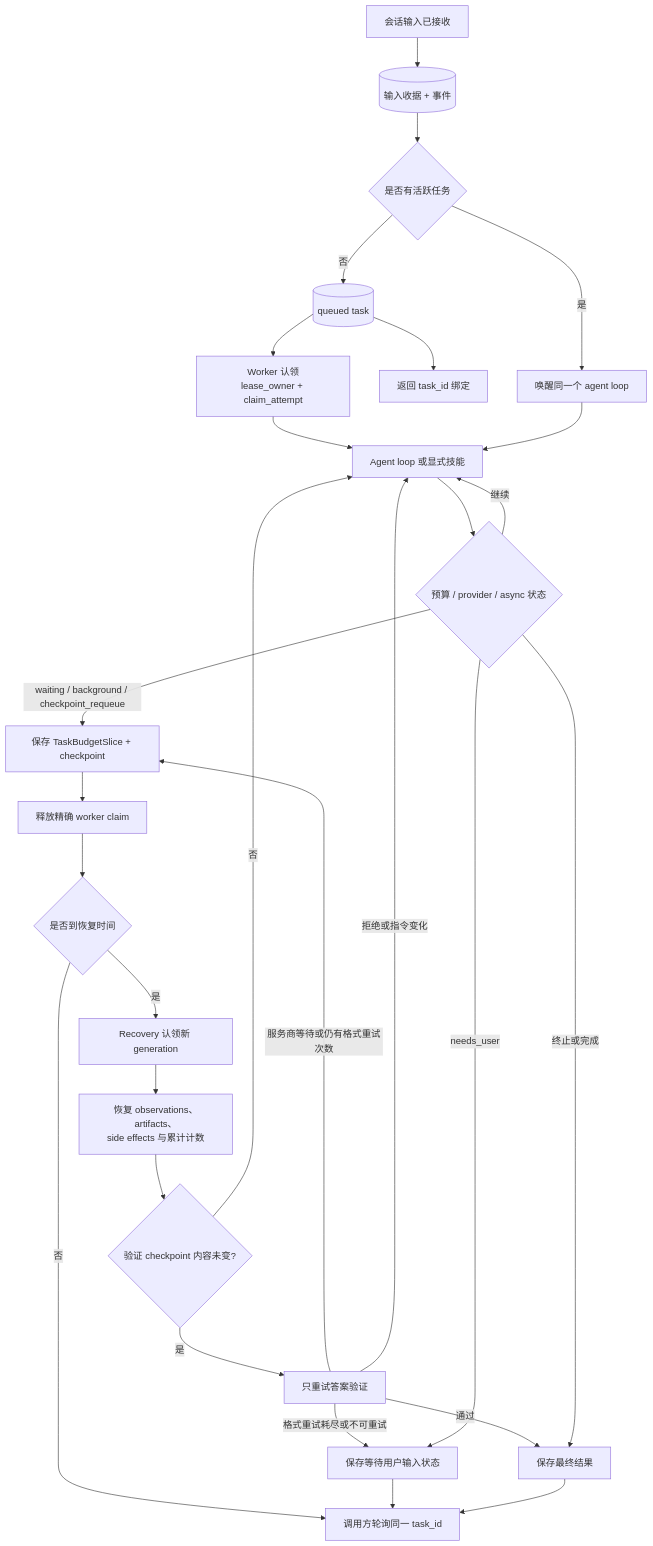
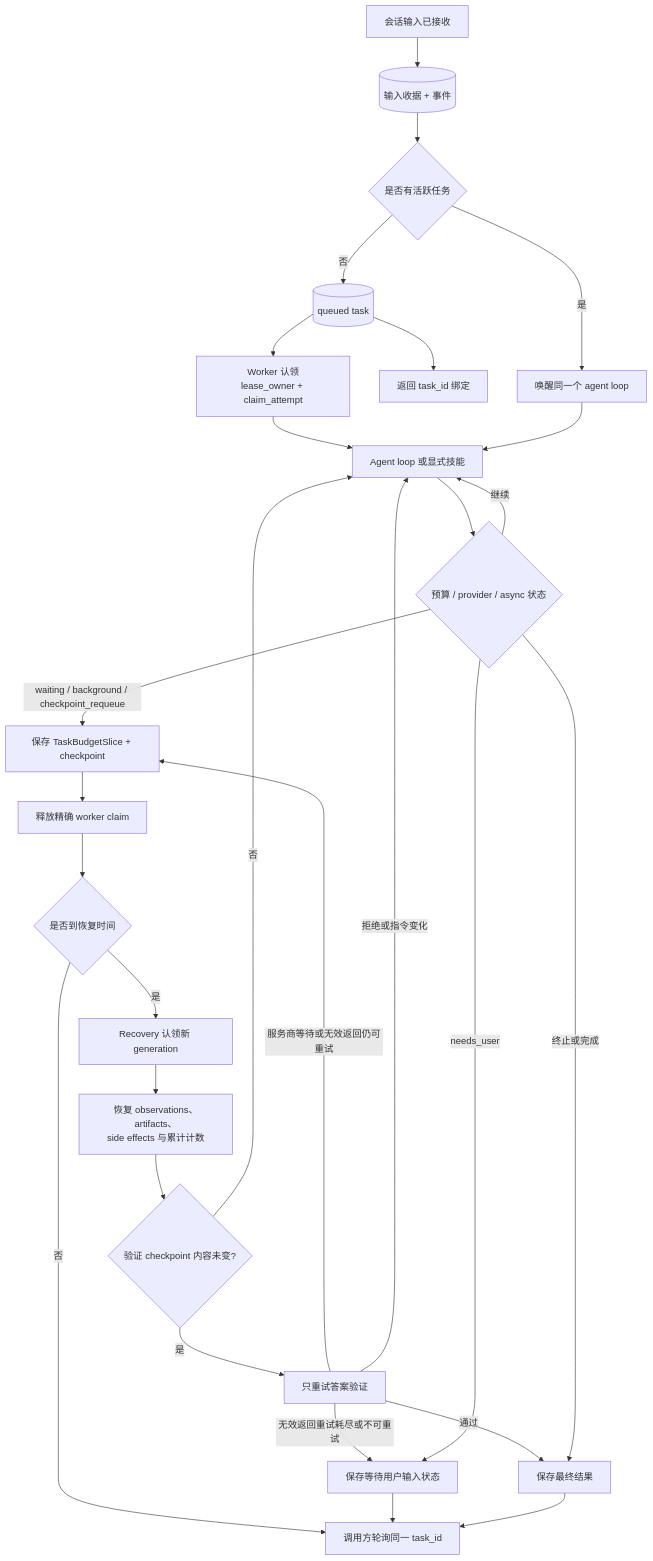
Before and after one commit to MatrixCoreX/RustClaw: the second of 5 diagrams in docs/architecture/03-task-state-context.zh-CN.md, drawn with Mermaid. The commit also changed other lines of this file and 4 other files, not shown here.

````diff
--- a/docs/architecture/03-task-state-context.zh-CN.md
+++ b/docs/architecture/03-task-state-context.zh-CN.md
@@ -96,30 +113,30 @@
 ```mermaid
 flowchart TD
     A[会话输入已接收] --> A1[(输入收据 + 事件)]
     A1 --> A2{是否有活跃任务}
     A2 -->|否| B[(queued task)]
     A2 -->|是| A3[唤醒同一个 agent loop]
     B --> C[返回 task_id 绑定]
     B --> D[Worker 认领<br/>lease_owner + claim_attempt]
     D --> E[Agent loop 或显式技能]
     A3 --> E
     E --> F{预算 / provider / async 状态}
     F -->|继续| E
     F -->|waiting / background / checkpoint_requeue| G[保存 TaskBudgetSlice + checkpoint]
     G --> H[释放精确 worker claim]
     H --> I{是否到恢复时间}
     I -->|否| J[调用方轮询同一 task_id]
     I -->|是| K[Recovery 认领新 generation]
     K --> L[恢复 observations、artifacts、<br/>side effects 与累计计数]
     L --> LV{验证 checkpoint 内容未变?}
     LV -->|是| VV[只重试答案验证]
     LV -->|否| E
     VV -->|通过| M
-    VV -->|服务商等待或仍有格式重试次数| G
-    VV -->|格式重试耗尽或不可重试| N
+    VV -->|服务商等待或无效返回仍可重试| G
+    VV -->|无效返回重试耗尽或不可重试| N
     VV -->|拒绝或指令变化| E
     F -->|needs_user| N[保存等待用户输入状态]
     N --> J
     F -->|终止或完成| M[保存最终结果]
     M --> J
 ```
````
